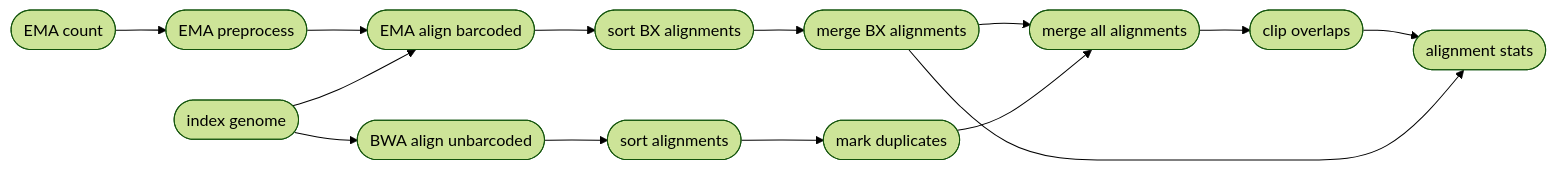
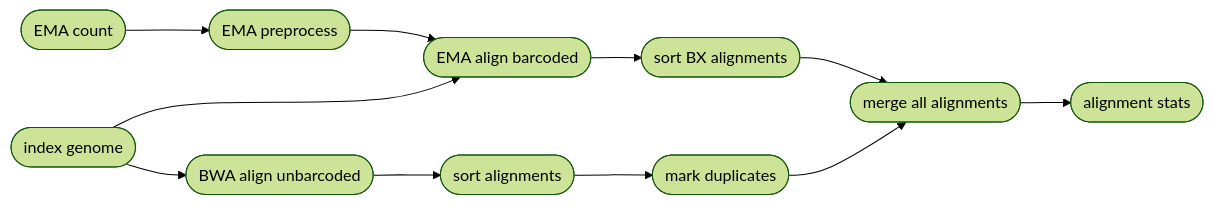
The second of 2 diagrams in Modules/align.md (pdimens/harpy), drawn with Mermaid (forest theme) before and after one commit. The commit also changed other lines of this file and 2 other files, not shown here.

````diff
--- a/Modules/align.md
+++ b/Modules/align.md
@@ -202,16 +202,13 @@
 ```mermaid
 graph LR
     A([EMA count]) --> B([EMA preprocess])
     B-->C([EMA align barcoded])
     C-->D([sort BX alignments])
-    D-->E([merge BX alignments])
-    E-->F([merge all alignments])
+    D-->F([merge all alignments])
     IDX([index genome])-->C
     IDX-->Z([BWA align unbarcoded])
     Z-->Y([sort alignments])
     Y-->X([mark duplicates])
     X-->F
-    F-->H([clip overlaps])
-    H-->J([alignment stats])
-    E-->J
+    F-->J([alignment stats])
 ```
````
